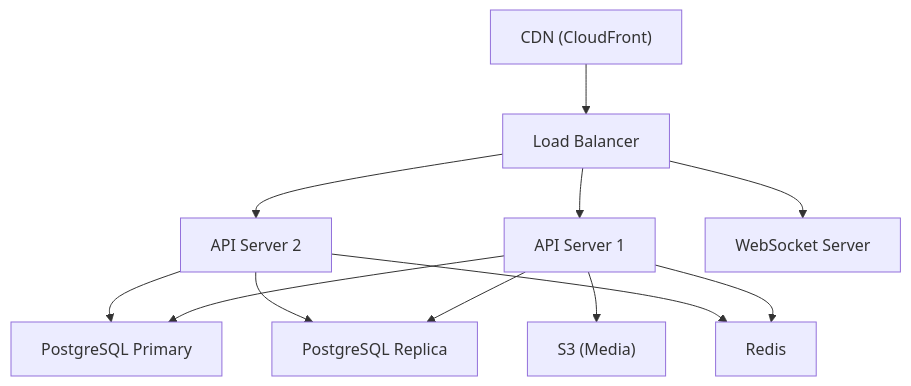
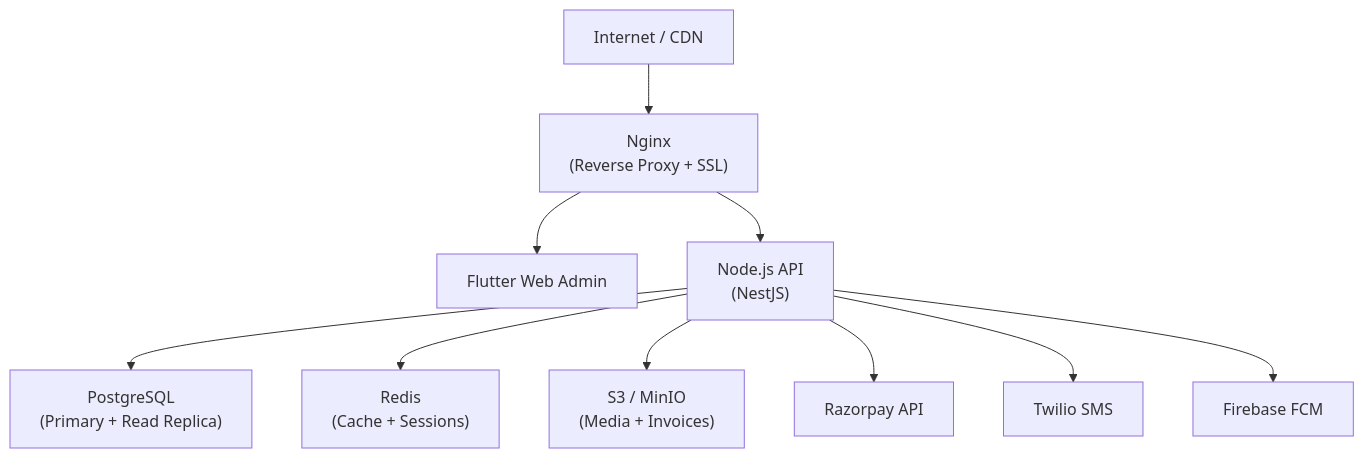
Before and after one commit to csanni/frescos-app: the seventh of 7 diagrams in campus_food_ordering_system/docs/admin_portal_system_design.md, drawn with Mermaid. The commit also changed other lines of this file and 3 other files, not shown here.

````diff
--- a/campus_food_ordering_system/docs/admin_portal_system_design.md
+++ b/campus_food_ordering_system/docs/admin_portal_system_design.md
@@ -893,11 +816,12 @@
 ```mermaid
 graph TB
-    CF["CDN (CloudFront)"] --> ALB["Load Balancer"]
-    ALB --> API1["API Server 1"]
-    ALB --> API2["API Server 2"]
-    ALB --> WS["WebSocket Server"]
-    API1 & API2 --> PG["PostgreSQL Primary"]
-    API1 & API2 --> PG_R["PostgreSQL Replica"]
-    API1 & API2 --> REDIS["Redis"]
-    API1 --> S3["S3 (Media)"]
+    INTERNET["Internet / CDN"] --> NGINX["Nginx<br/>(Reverse Proxy + SSL)"]
+    NGINX --> FLUTTER_WEB["Flutter Web Admin"]
+    NGINX --> API["Node.js API<br/>(NestJS)"]
+    API --> PG["PostgreSQL<br/>(Primary + Read Replica)"]
+    API --> REDIS["Redis<br/>(Cache + Sessions)"]
+    API --> S3["S3 / MinIO<br/>(Media + Invoices)"]
+    API --> RAZORPAY["Razorpay API"]
+    API --> TWILIO["Twilio SMS"]
+    API --> FCM["Firebase FCM"]
 ```
````
